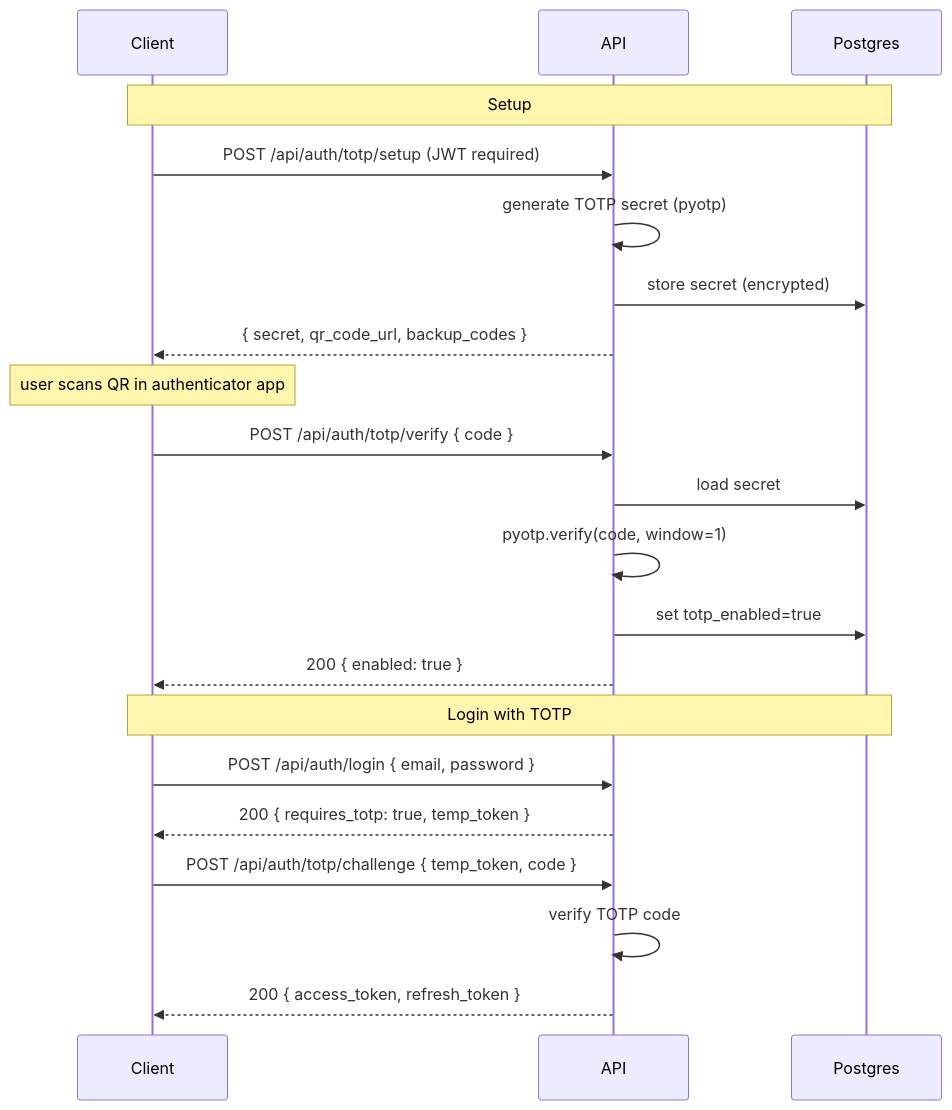
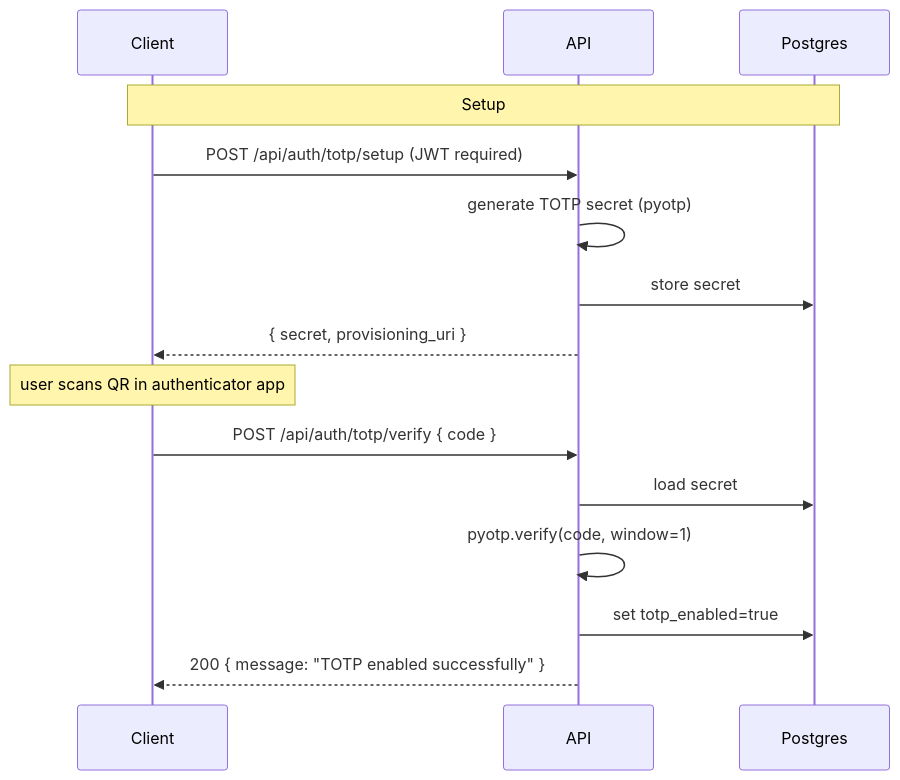
One commit to mattjaikaran/fastapi-boilerplate changed the fourth of 10 diagrams in docs/AUTH.md. Above: the diagram before and after it, drawn with Mermaid. The commit also changed other lines of this file and 6 other files, not shown here.

````diff
--- a/docs/AUTH.md
+++ b/docs/AUTH.md
@@ -133,27 +154,20 @@
 ```mermaid
 sequenceDiagram
     participant C as Client
     participant A as API
     participant DB as Postgres
 
     Note over C,DB: Setup
     C->>A: POST /api/auth/totp/setup (JWT required)
     A->>A: generate TOTP secret (pyotp)
-    A->>DB: store secret (encrypted)
-    A-->>C: { secret, qr_code_url, backup_codes }
+    A->>DB: store secret
+    A-->>C: { secret, provisioning_uri }
 
     Note over C: user scans QR in authenticator app
 
     C->>A: POST /api/auth/totp/verify { code }
     A->>DB: load secret
     A->>A: pyotp.verify(code, window=1)
     A->>DB: set totp_enabled=true
-    A-->>C: 200 { enabled: true }
-
-    Note over C,DB: Login with TOTP
-    C->>A: POST /api/auth/login { email, password }
-    A-->>C: 200 { requires_totp: true, temp_token }
-    C->>A: POST /api/auth/totp/challenge { temp_token, code }
-    A->>A: verify TOTP code
-    A-->>C: 200 { access_token, refresh_token }
+    A-->>C: 200 { message: "TOTP enabled successfully" }
 ```
````
